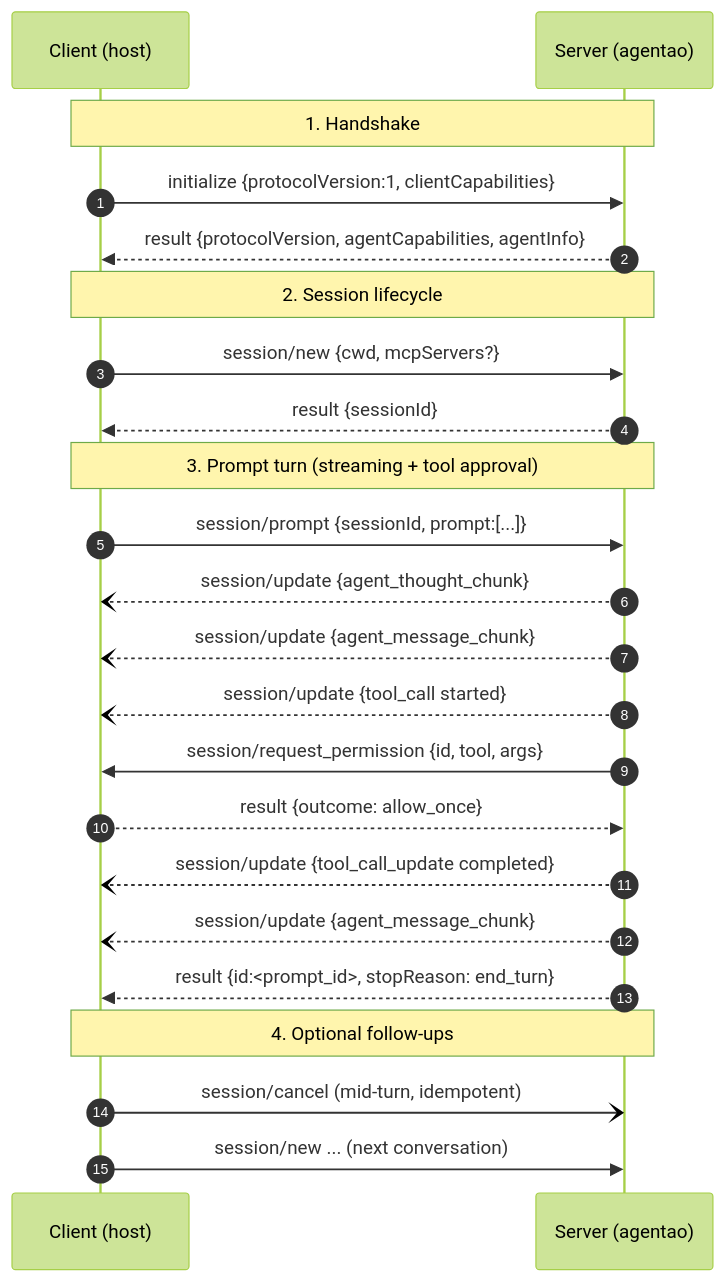
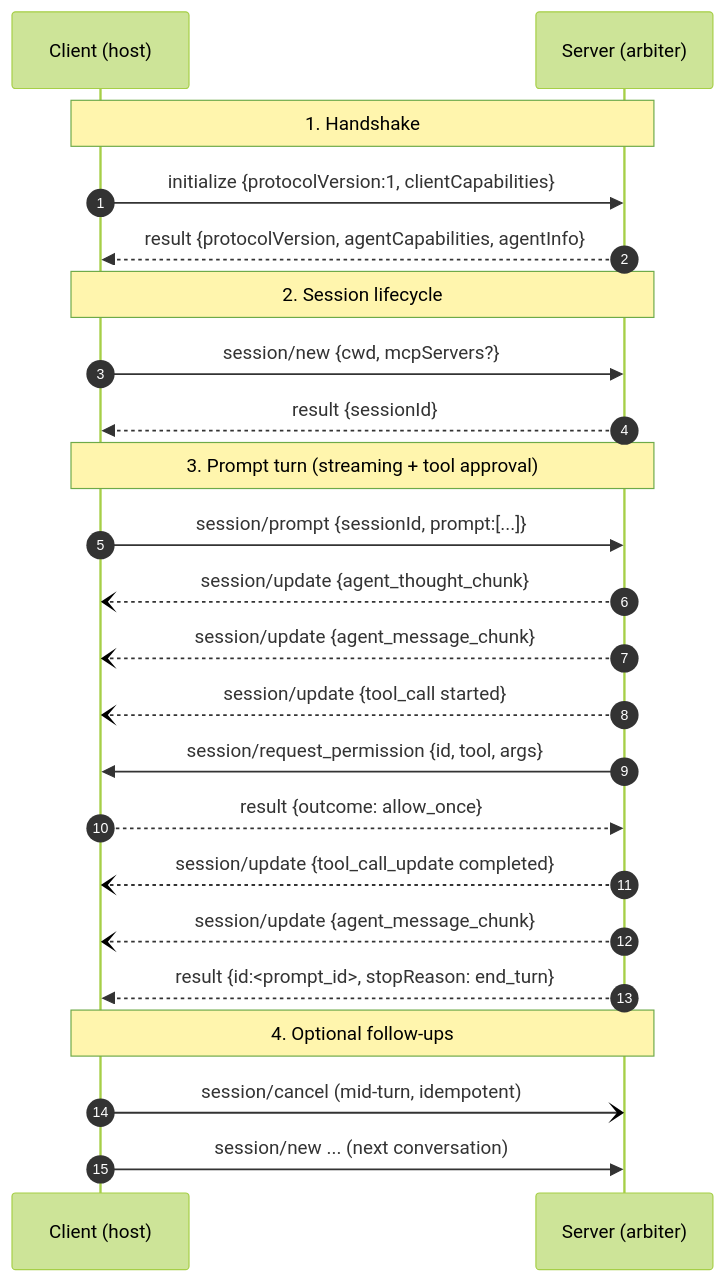
Before and after one commit to LEPZHANG/agentruntime: the diagram in developer-guide/en/part-3/1-acp-tour.md, drawn with Mermaid (forest theme). The commit also changed other lines of this file and 1169 other files, not shown here.

````diff
--- a/developer-guide/en/part-3/1-acp-tour.md
+++ b/developer-guide/en/part-3/1-acp-tour.md
@@ -131,29 +131,29 @@
 ```mermaid
 sequenceDiagram
     autonumber
     participant C as Client (host)
-    participant S as Server (agentao)
+    participant S as Server (arbiter)
 
     Note over C,S: 1. Handshake
     C->>S: initialize {protocolVersion:1, clientCapabilities}
     S-->>C: result {protocolVersion, agentCapabilities, agentInfo}
 
     Note over C,S: 2. Session lifecycle
     C->>S: session/new {cwd, mcpServers?}
     S-->>C: result {sessionId}
 
     Note over C,S: 3. Prompt turn (streaming + tool approval)
     C->>S: session/prompt {sessionId, prompt:[...]}
     S--)C: session/update {agent_thought_chunk}
     S--)C: session/update {agent_message_chunk}
     S--)C: session/update {tool_call started}
     S->>C: session/request_permission {id, tool, args}
     C-->>S: result {outcome: allow_once}
     S--)C: session/update {tool_call_update completed}
     S--)C: session/update {agent_message_chunk}
     S-->>C: result {id:<prompt_id>, stopReason: end_turn}
 
     Note over C,S: 4. Optional follow-ups
     C-)S: session/cancel (mid-turn, idempotent)
     C->>S: session/new ... (next conversation)
 ```
````
